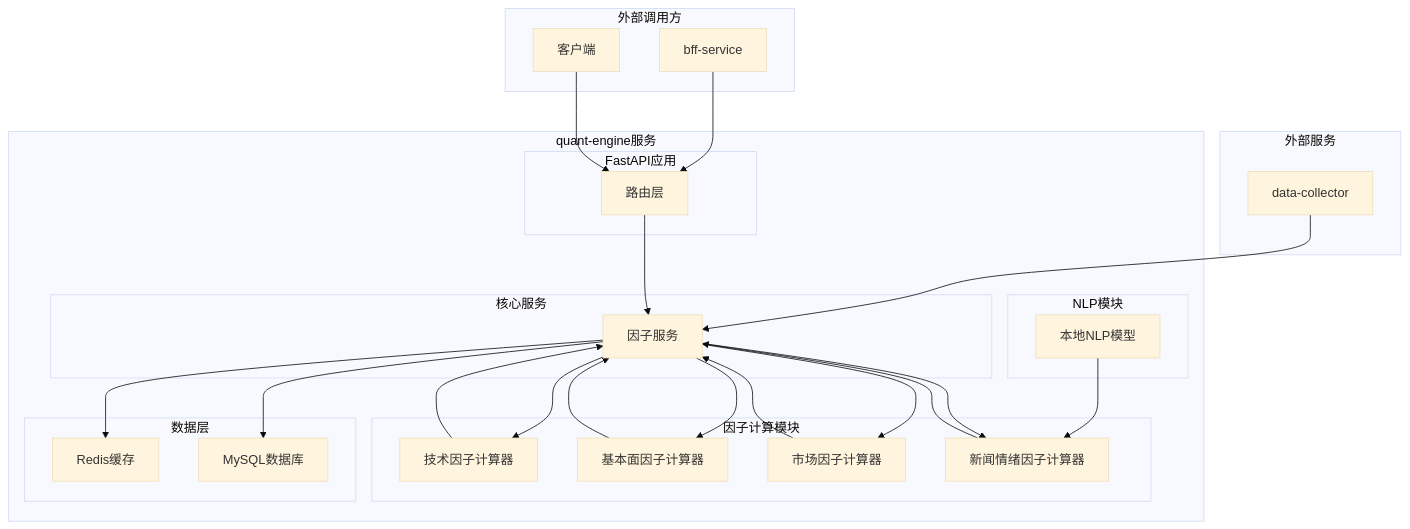
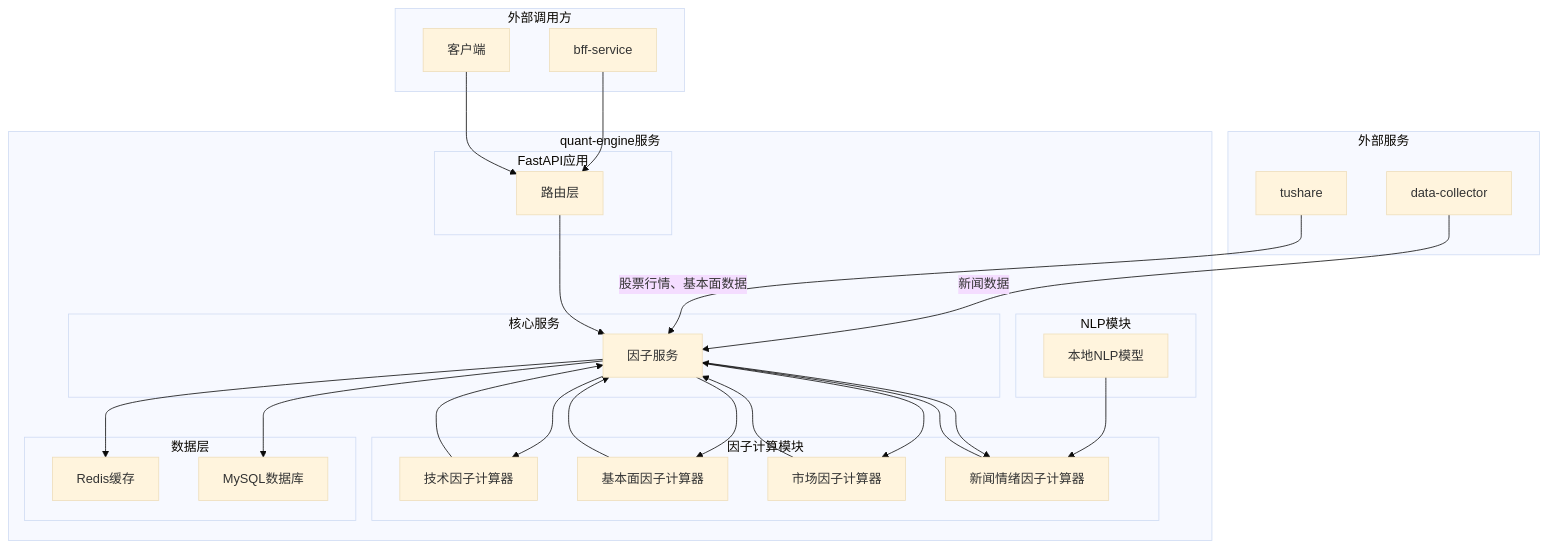
The first of 9 diagrams in docs/iteration-2-factor-engine/design_backend.md (Casper-Mars/qtrade), drawn with Mermaid (base theme) before and after one commit. The commit also changed other lines of this file and 18 other files, not shown here.

````diff
--- a/docs/iteration-2-factor-engine/design_backend.md
+++ b/docs/iteration-2-factor-engine/design_backend.md
@@ -72,59 +70,61 @@
 ```mermaid
 graph TB
     subgraph "外部服务"
         DC[data-collector]
+        TS[tushare]
     end
     
     subgraph "quant-engine服务"
         subgraph "FastAPI应用"
             ROUTER[路由层]
         end
         
         subgraph "因子计算模块"
             TF[技术因子计算器]
             FF[基本面因子计算器]
             MF[市场因子计算器]
             NF[新闻情绪因子计算器]
         end
         
         subgraph "NLP模块"
             NLP[本地NLP模型]
         end
         
         subgraph "核心服务"
             FS[因子服务]
         end
         
         subgraph "数据层"
             CACHE[Redis缓存]
             DB[MySQL数据库]
         end
     end
     
     subgraph "外部调用方"
         BFF[bff-service]
         CLIENT[客户端]
     end
     
     %% 数据流向
-    DC --> FS
+    DC -->|新闻数据| FS
+    TS -->|股票行情、基本面数据| FS
     NLP --> NF
     
     FS --> TF
     FS --> FF
     FS --> MF
     FS --> NF
     
     TF --> FS
     FF --> FS
     MF --> FS
     NF --> FS
     
     FS --> DB
     FS --> CACHE
     
     ROUTER --> FS
     
     BFF --> ROUTER
     CLIENT --> ROUTER
 ```
````
